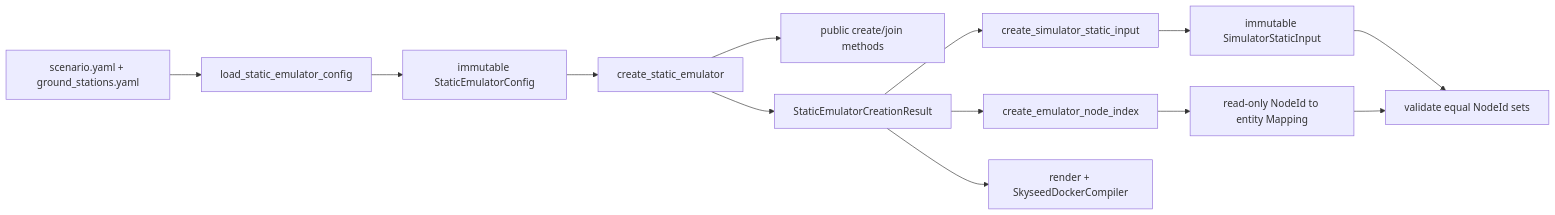
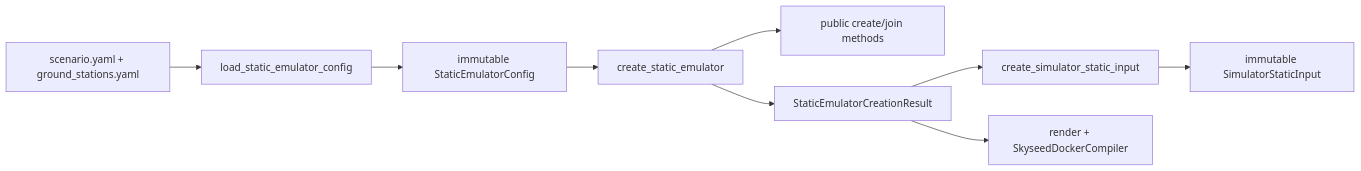
Before and after one commit to seed-labs/skyseed: the fifth of 7 diagrams in skyseed_v2/docs/architecture/diagrams.md, drawn with Mermaid. The commit also changed other lines of this file and 26 other files, not shown here.

Commit message:
Remove the global node index contract

````diff
--- a/skyseed_v2/docs/architecture/diagrams.md
+++ b/skyseed_v2/docs/architecture/diagrams.md
@@ -122,16 +123,12 @@
 ```mermaid
 flowchart LR
     YAML[scenario.yaml + ground_stations.yaml]
     YAML --> L[load_static_emulator_config]
     L --> CONFIG[immutable StaticEmulatorConfig]
     CONFIG --> CREATE[create_static_emulator]
     CREATE --> ENTITIES[public create/join methods]
     CREATE --> RESULT[StaticEmulatorCreationResult]
     RESULT --> CONVERT[create_simulator_static_input]
     CONVERT --> INPUT[immutable SimulatorStaticInput]
-    RESULT --> INDEX[create_emulator_node_index]
-    INDEX --> MAPPING[read-only NodeId to entity Mapping]
-    INPUT --> VALIDATE[validate equal NodeId sets]
-    MAPPING --> VALIDATE
     RESULT --> COMP[render + SkyseedDockerCompiler]
 ```
````
